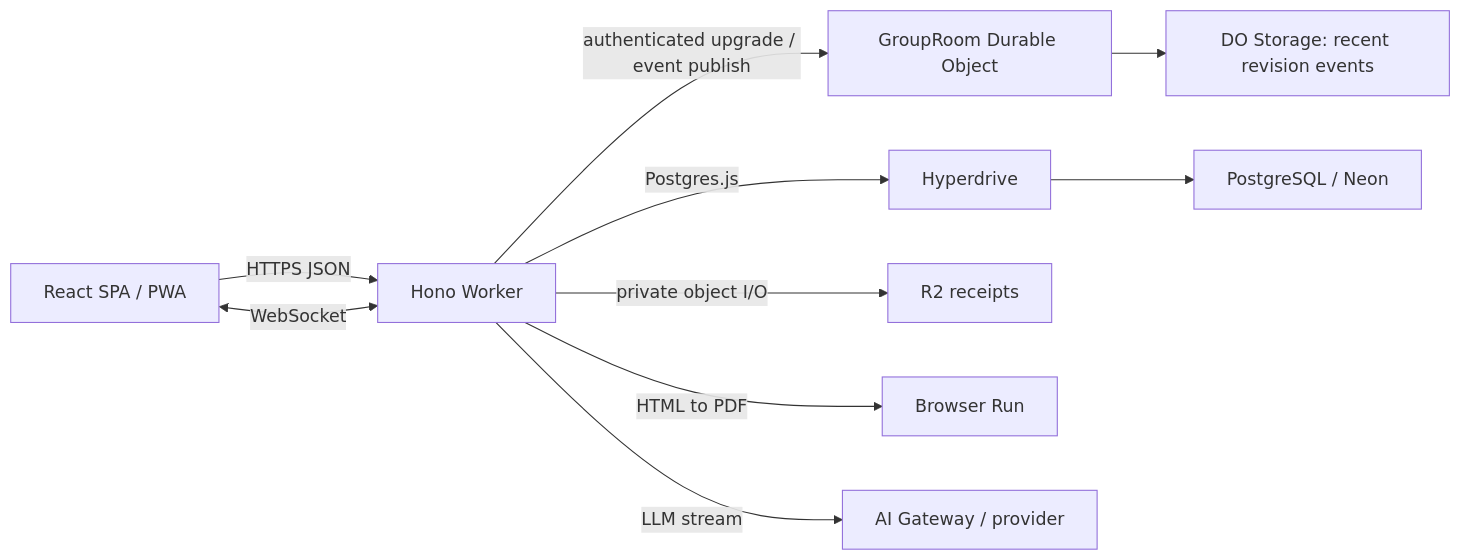
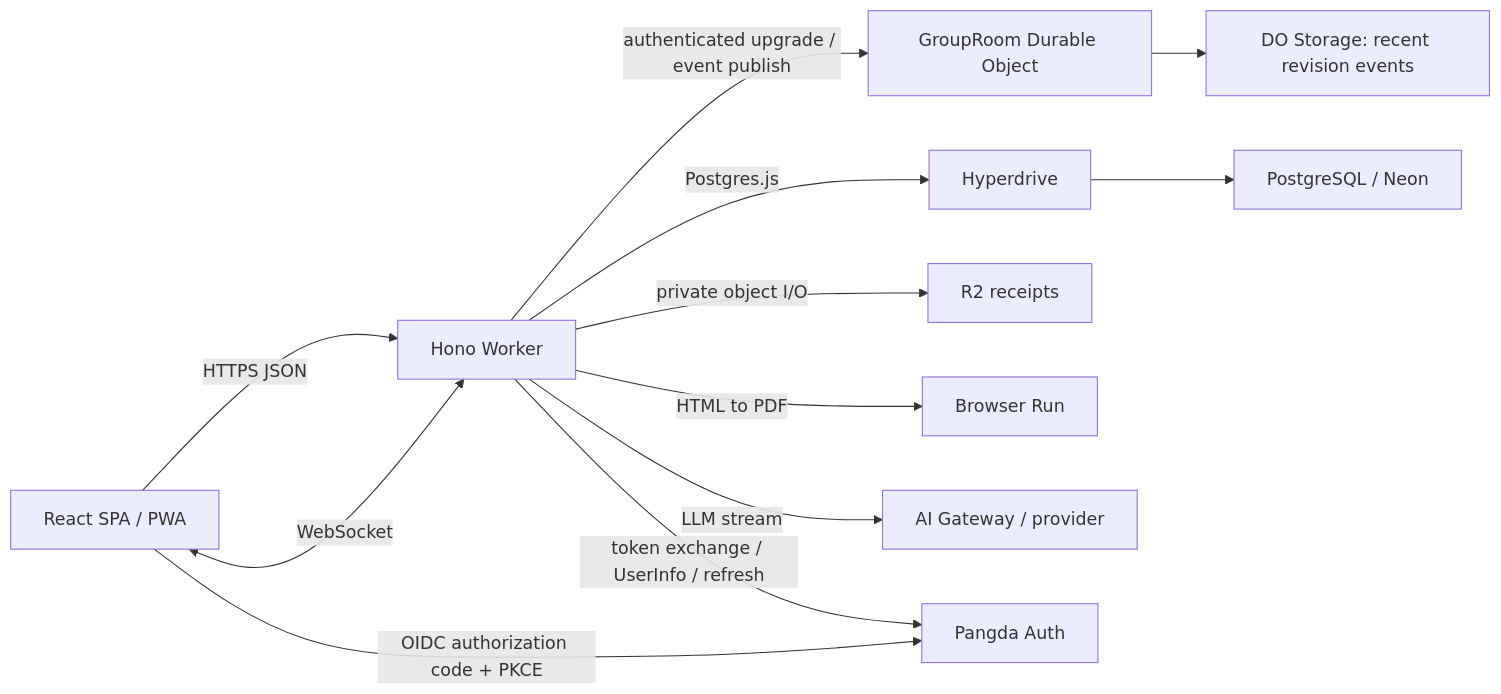
Before and after one commit to hepangda/aaeasy: the diagram in docs/migration/cloudflare-workers-rfc.md, drawn with Mermaid. The commit also changed other lines of this file and 123 other files, not shown here.

Commit message:
feat(auth): replace local credentials with OIDC

````diff
--- a/docs/migration/cloudflare-workers-rfc.md
+++ b/docs/migration/cloudflare-workers-rfc.md
@@ -28,12 +28,14 @@
 ```mermaid
 flowchart LR
   Browser["React SPA / PWA"] -->|"HTTPS JSON"| Worker["Hono Worker"]
   Browser <-->|"WebSocket"| Worker
   Worker -->|"authenticated upgrade / event publish"| Room["GroupRoom Durable Object"]
   Room --> RoomStorage["DO Storage: recent revision events"]
   Worker -->|"Postgres.js"| Hyperdrive["Hyperdrive"]
   Hyperdrive --> Neon["PostgreSQL / Neon"]
   Worker -->|"private object I/O"| R2["R2 receipts"]
   Worker -->|"HTML to PDF"| BrowserRun["Browser Run"]
   Worker -->|"LLM stream"| AIGateway["AI Gateway / provider"]
+  Browser -->|"OIDC authorization code + PKCE"| Auth["Pangda Auth"]
+  Worker -->|"token exchange / UserInfo / refresh"| Auth
 ```
````
